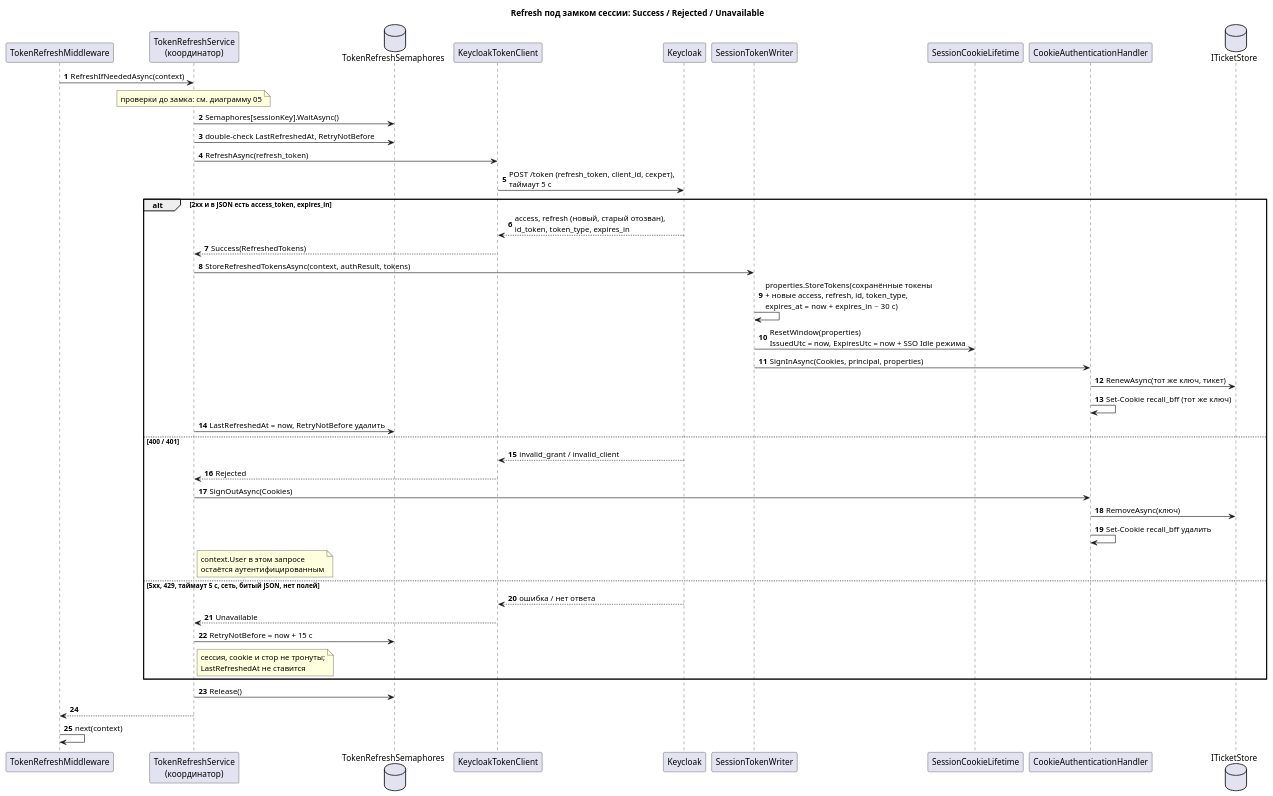
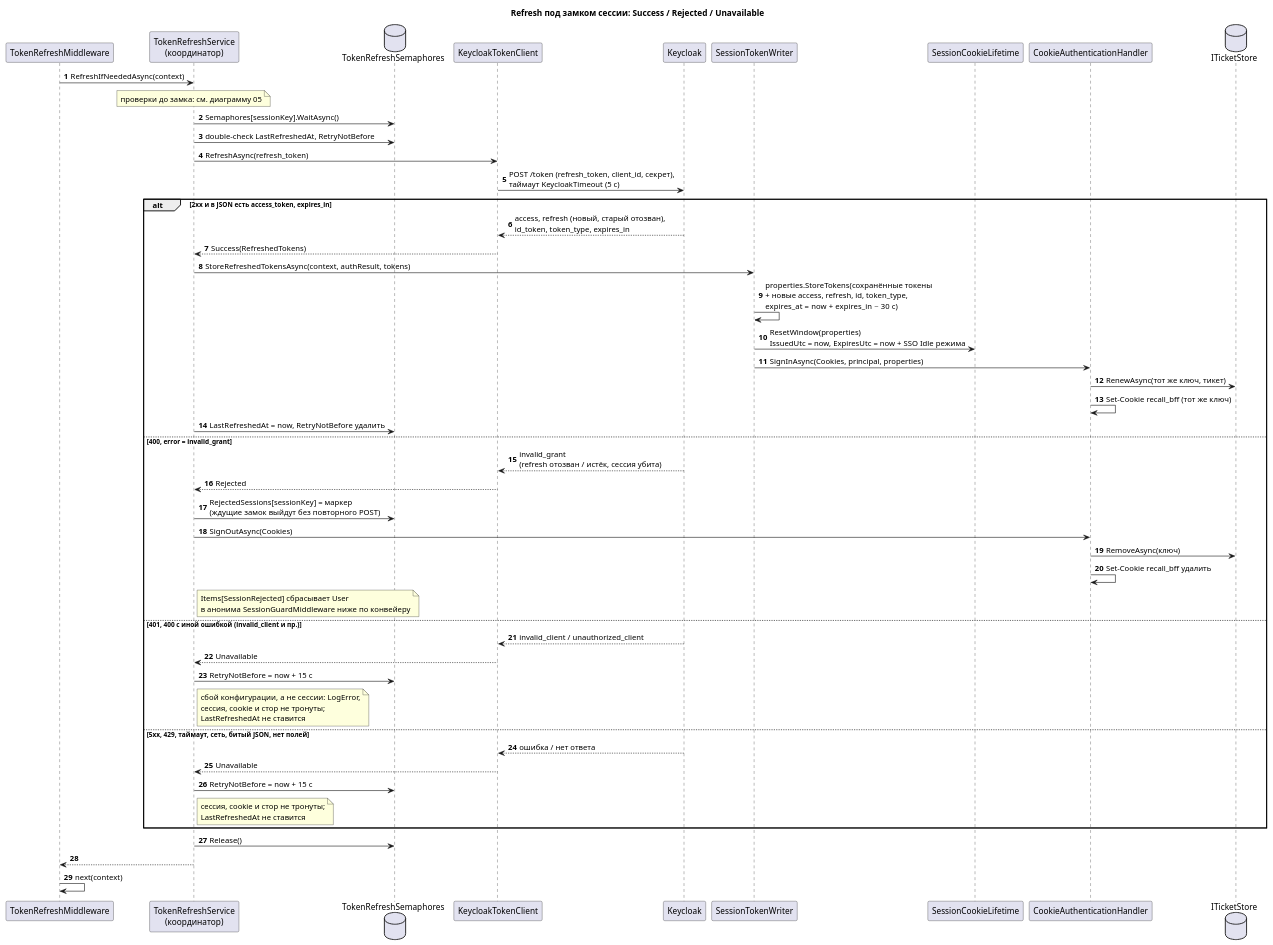
The diagram in RecallApp/docs/diagrams/bff-session - 06 refresh исходы.puml (itacademy-edms-team/24_3_DNDE), drawn with PlantUML before and after one commit. The commit also changed 3 other files, not shown here.

Commit message:
docs(bff): update diagrams up to docs state

```diff
--- a/RecallApp/docs/diagrams/bff-session - 06 refresh исходы.puml
+++ b/RecallApp/docs/diagrams/bff-session - 06 refresh исходы.puml
@@ -1,50 +1,56 @@
 @startuml bff-session-06-refresh-исходы
 title Refresh под замком сессии: Success / Rejected / Unavailable
 
 skinparam shadowing false
 autonumber
 
 participant "TokenRefreshMiddleware" as TR
 participant "TokenRefreshService\n(координатор)" as T
 database "TokenRefreshSemaphores" as SM
 participant "KeycloakTokenClient" as KC
 participant "Keycloak" as K
 participant "SessionTokenWriter" as W
 participant "SessionCookieLifetime" as L
 participant "CookieAuthenticationHandler" as CH
 database "ITicketStore" as S
 
 TR -> T : RefreshIfNeededAsync(context)
 note over T : проверки до замка: см. диаграмму 05
 T -> SM : Semaphores[sessionKey].WaitAsync()
 T -> SM : double-check LastRefreshedAt, RetryNotBefore
 T -> KC : RefreshAsync(refresh_token)
-KC -> K : POST /token (refresh_token, client_id, секрет),\nтаймаут 5 с
+KC -> K : POST /token (refresh_token, client_id, секрет),\nтаймаут KeycloakTimeout (5 с)
 alt 2xx и в JSON есть access_token, expires_in
   K --> KC : access, refresh (новый, старый отозван),\nid_token, token_type, expires_in
   KC --> T : Success(RefreshedTokens)
   T -> W : StoreRefreshedTokensAsync(context, authResult, tokens)
   W -> W : properties.StoreTokens(сохранённые токены\n+ новые access, refresh, id, token_type,\nexpires_at = now + expires_in − 30 с)
   W -> L : ResetWindow(properties)\nIssuedUtc = now, ExpiresUtc = now + SSO Idle режима
   W -> CH : SignInAsync(Cookies, principal, properties)
   CH -> S : RenewAsync(тот же ключ, тикет)
   CH -> CH : Set-Cookie recall_bff (тот же ключ)
   T -> SM : LastRefreshedAt = now, RetryNotBefore удалить
-else 400 / 401
-  K --> KC : invalid_grant / invalid_client
+else 400, error = invalid_grant
+  K --> KC : invalid_grant\n(refresh отозван / истёк, сессия убита)
   KC --> T : Rejected
+  T -> SM : RejectedSessions[sessionKey] = маркер\n(ждущие замок выйдут без повторного POST)
   T -> CH : SignOutAsync(Cookies)
   CH -> S : RemoveAsync(ключ)
   CH -> CH : Set-Cookie recall_bff удалить
-  note right of T : context.User в этом запросе\nостаётся аутентифицированным
-else 5xx, 429, таймаут 5 с, сеть, битый JSON, нет полей
+  note right of T : Items[SessionRejected] сбрасывает User\nв анонима SessionGuardMiddleware ниже по конвейеру
+else 401, 400 с иной ошибкой (invalid_client и пр.)
+  K --> KC : invalid_client / unauthorized_client
+  KC --> T : Unavailable
+  T -> SM : RetryNotBefore = now + 15 с
+  note right of T : сбой конфигурации, а не сессии: LogError,\nсессия, cookie и стор не тронуты;\nLastRefreshedAt не ставится
+else 5xx, 429, таймаут, сеть, битый JSON, нет полей
   K --> KC : ошибка / нет ответа
   KC --> T : Unavailable
   T -> SM : RetryNotBefore = now + 15 с
   note right of T : сессия, cookie и стор не тронуты;\nLastRefreshedAt не ставится
 end
 T -> SM : Release()
 T --> TR
 TR -> TR : next(context)
 
 @enduml
```
